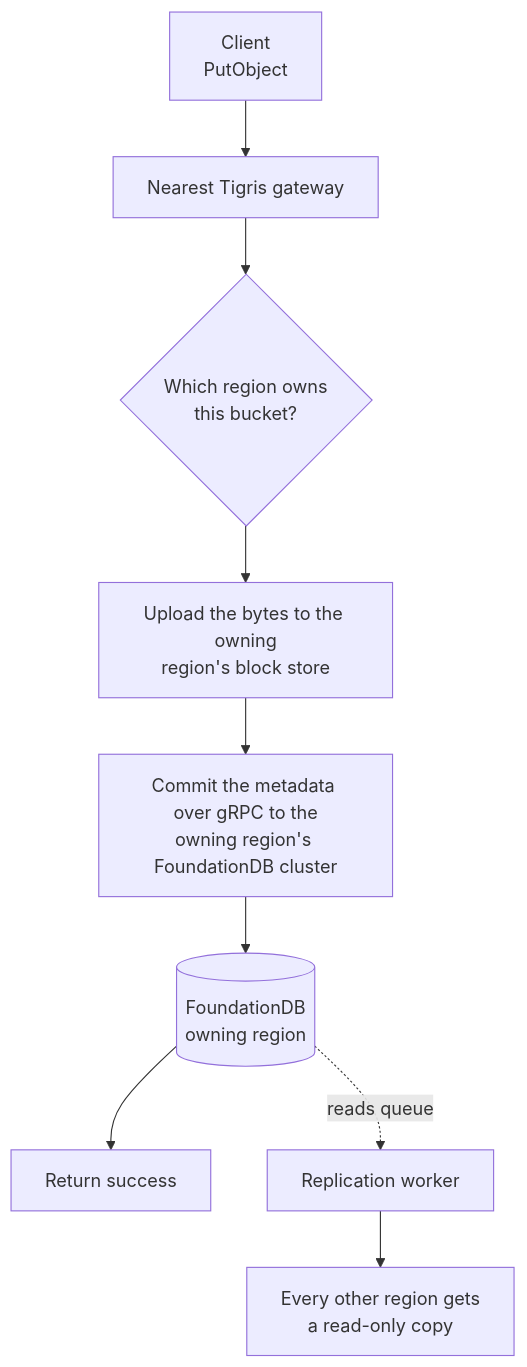
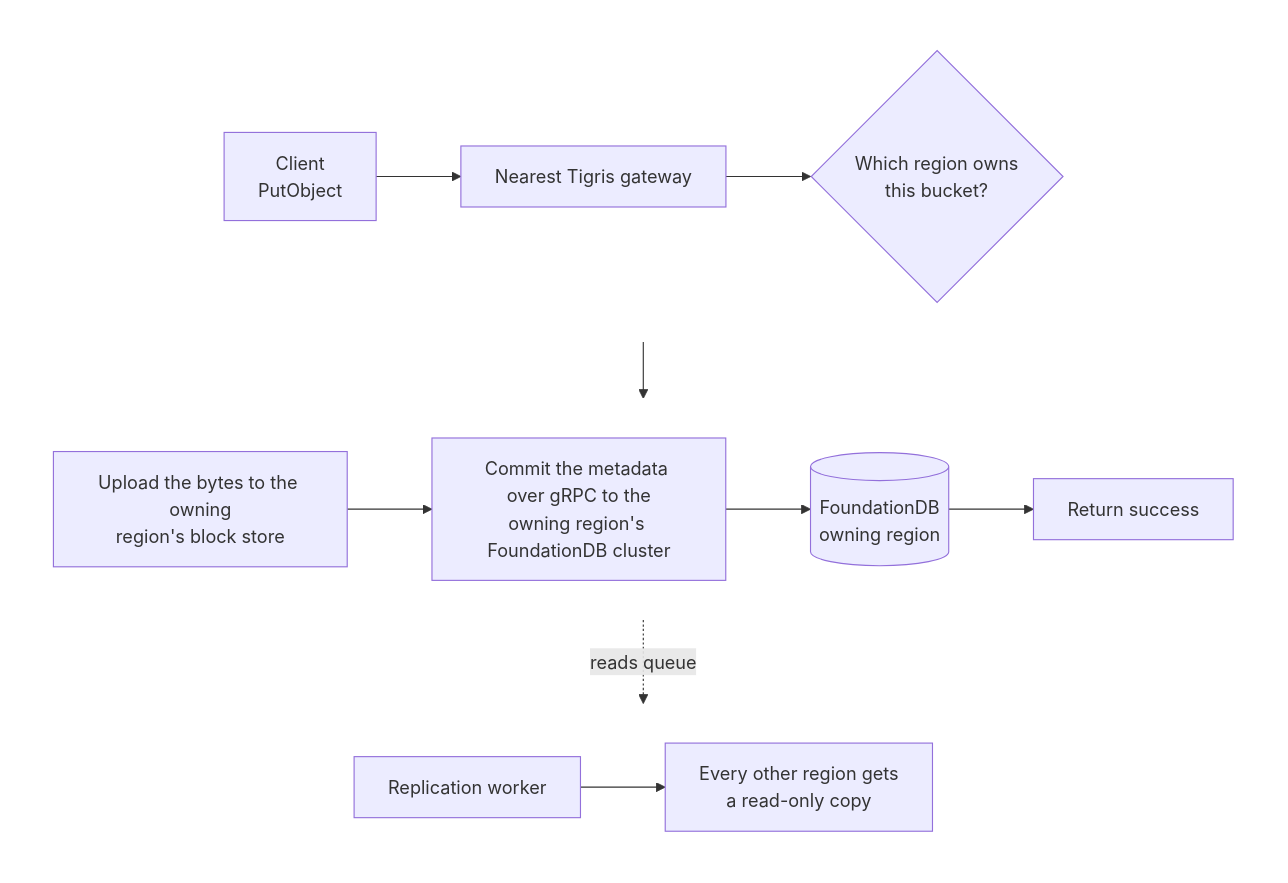
One commit to tigrisdata/tigris-blog changed the first of 6 diagrams in blog/2026-09-01-conflict-resolution-is-fun/index.mdx. Above: the diagram before and after it, drawn with Mermaid. The commit also changed other lines of this file, not shown here.

Commit message:
fix: reflow the single-region diagram into horizontal rows
drop the MermaidFrame wrapper and restructure the flowchart into three
left-to-right rows (request routing, write path, replication) so it
reads like comic panels and takes a fraction of the vertical space.

````diff
--- a/blog/2026-09-01-conflict-resolution-is-fun/index.mdx
+++ b/blog/2026-09-01-conflict-resolution-is-fun/index.mdx
@@ -80,12 +77,25 @@
 ```mermaid
-flowchart TD
-    C["Client<br/>PutObject"] --> GW["Nearest Tigris gateway"]
-    GW --> Q{"Which region owns<br/>this bucket?"}
-    Q --> BLK["Upload the bytes to the owning<br/>region's block store"]
-    BLK --> META["Commit the metadata over gRPC to the<br/>owning region's FoundationDB cluster"]
-    META --> FDB[("FoundationDB<br/>owning region")]
-    FDB --> OK["Return success"]
+flowchart TB
+    subgraph row1 [" "]
+        direction LR
+        C["Client<br/>PutObject"] --> GW["Nearest Tigris gateway"]
+        GW --> Q{"Which region owns<br/>this bucket?"}
+    end
+    subgraph row2 [" "]
+        direction LR
+        BLK["Upload the bytes to the owning<br/>region's block store"] --> META["Commit the metadata over gRPC to the<br/>owning region's FoundationDB cluster"]
+        META --> FDB[("FoundationDB<br/>owning region")]
+        FDB --> OK["Return success"]
+    end
+    subgraph row3 [" "]
+        direction LR
+        W["Replication worker"] --> OTHER["Every other region gets<br/>a read-only copy"]
+    end
 
-    FDB -.->|reads queue| W["Replication worker"]
-    W --> OTHER["Every other region gets<br/>a read-only copy"]
+    row1 --> row2
+    row2 -.->|reads queue| row3
+
+    style row1 fill:none,stroke:none
+    style row2 fill:none,stroke:none
+    style row3 fill:none,stroke:none
 ```
````
